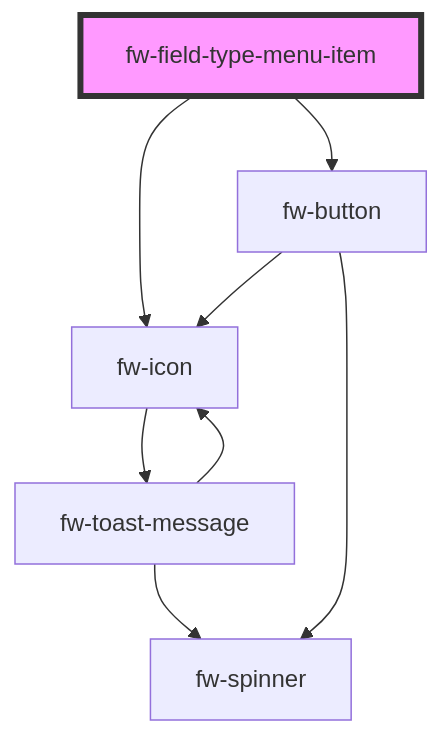
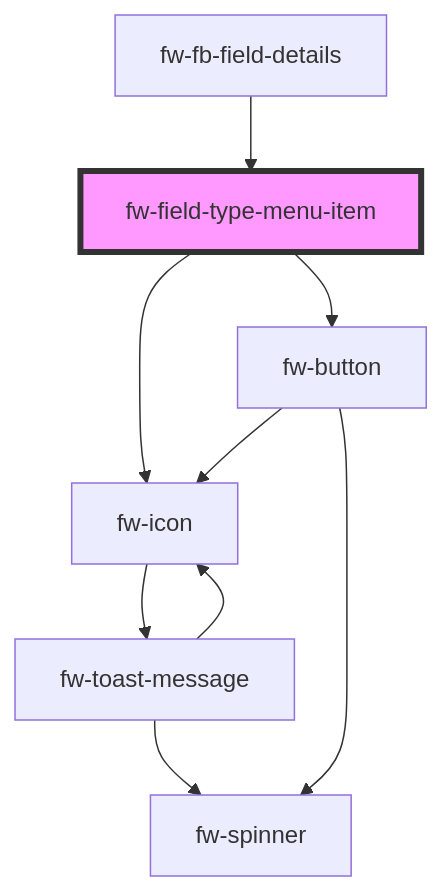
Before and after one commit to freshworks/crayons: the diagram in packages/crayons-core/src/components/form-builder/fb-field/readme.md, drawn with Mermaid. The commit also changed other lines of this file and 29 other files, not shown here.

````diff
--- a/packages/crayons-core/src/components/form-builder/fb-field/readme.md
+++ b/packages/crayons-core/src/components/form-builder/fb-field/readme.md
@@ -37,11 +41,12 @@
 ```mermaid
 graph TD;
   fw-field-type-menu-item --> fw-icon
   fw-field-type-menu-item --> fw-button
   fw-icon --> fw-toast-message
   fw-toast-message --> fw-spinner
   fw-toast-message --> fw-icon
   fw-button --> fw-spinner
   fw-button --> fw-icon
+  fw-fb-field-details --> fw-field-type-menu-item
   style fw-field-type-menu-item fill:#f9f,stroke:#333,stroke-width:4px
 ```
````
